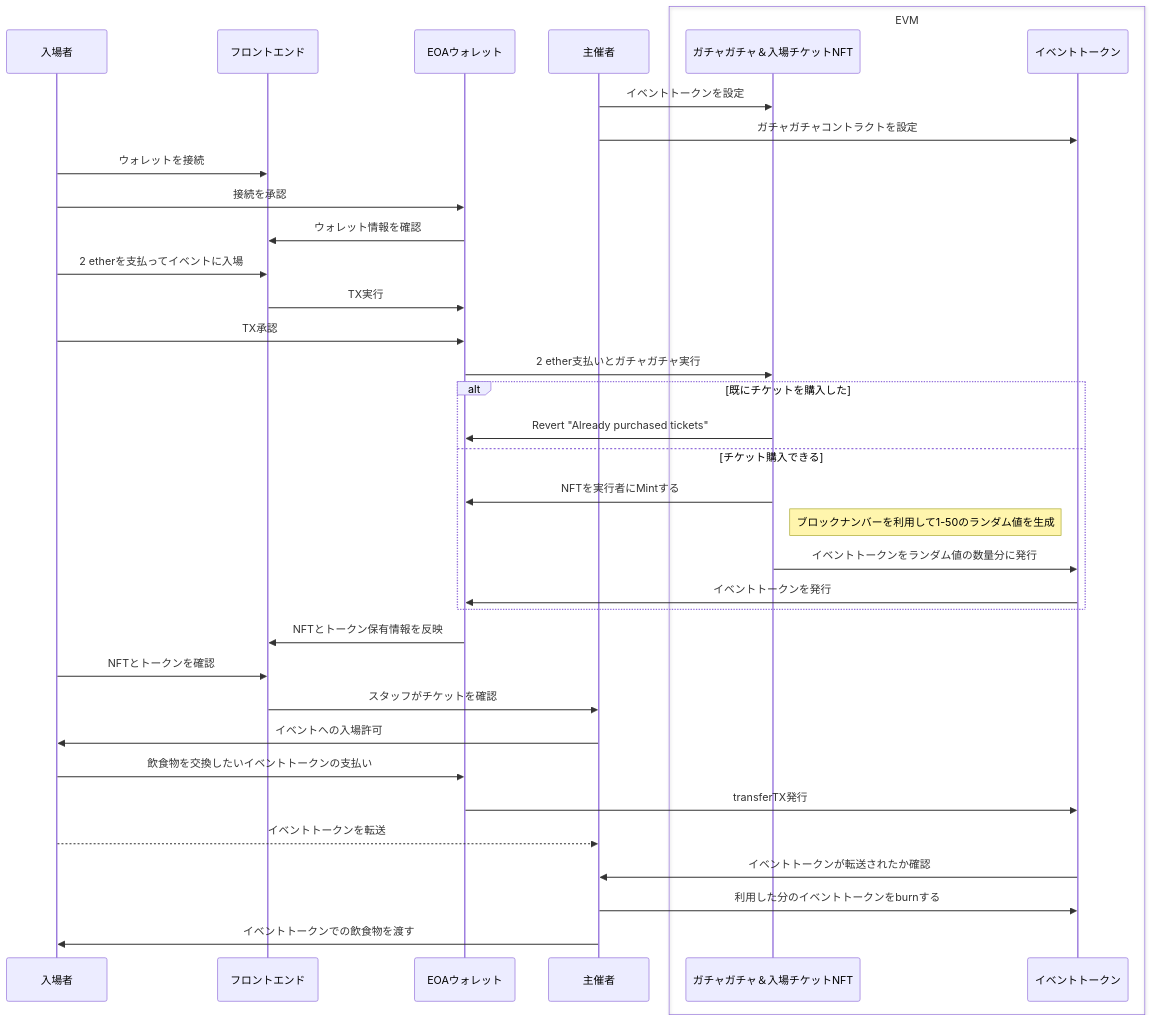
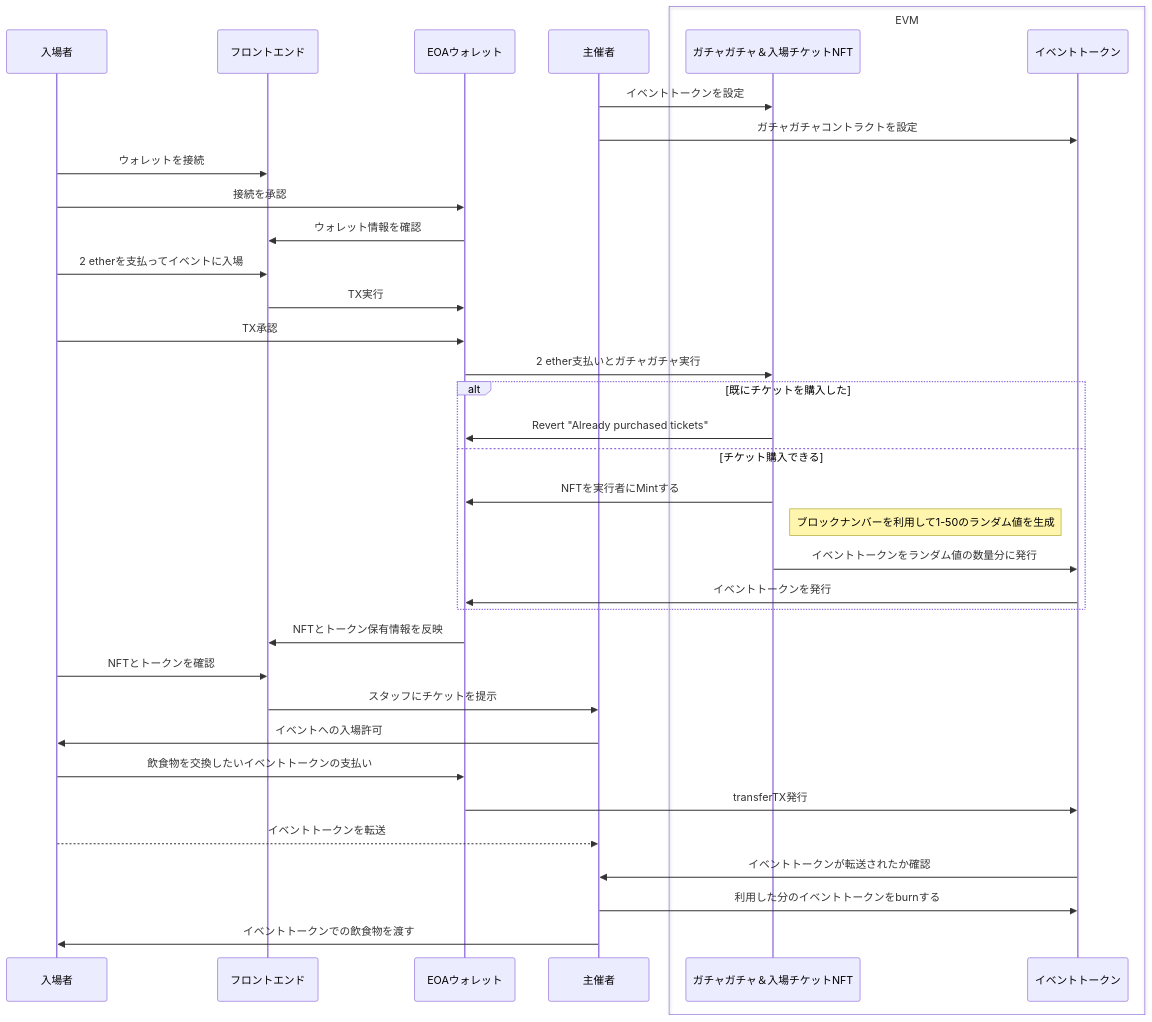
Before and after one commit to naizo01/gacha-sol: the diagram in doc/Sequence.md, drawn with Mermaid.

Commit message:
軽微な修正

````diff
--- a/doc/Sequence.md
+++ b/doc/Sequence.md
@@ -3,41 +3,41 @@
 ```mermaid
 sequenceDiagram
 
 participant P as 入場者
 participant F as フロントエンド
 participant EOA as EOAウォレット
 participant U as 主催者
 box EVM
   participant G as ガチャガチャ＆入場チケットNFT
   participant T as イベントトークン
 end
 
 U->>G: イベントトークンを設定
 U->>T: ガチャガチャコントラクトを設定
 P->>F: ウォレットを接続
 P->>EOA: 接続を承認
 EOA->>F: ウォレット情報を確認
 P->>F: 2 etherを支払ってイベントに入場
 F->>EOA: TX実行
 P->>EOA: TX承認
 EOA->>G: 2 ether支払いとガチャガチャ実行
 alt 既にチケットを購入した
   G->>EOA: Revert "Already purchased tickets"
 else チケット購入できる
   G->>EOA: NFTを実行者にMintする
   Note right of G: ブロックナンバーを利用して1-50のランダム値を生成
   G->>T: イベントトークンをランダム値の数量分に発行
   T->>EOA: イベントトークンを発行
 end
 EOA->>F: NFTとトークン保有情報を反映
 P->>F: NFTとトークンを確認
-F->>U: スタッフがチケットを確認
+F->>U: スタッフにチケットを提示
 U->>P: イベントへの入場許可
 P->>EOA: 飲食物を交換したいイベントトークンの支払い
 EOA->>T: transferTX発行
 P-->>U: イベントトークンを転送
 T->>U: イベントトークンが転送されたか確認
 U->>T: 利用した分のイベントトークンをburnする
 U->>P: イベントトークンでの飲食物を渡す
 
 ```
````
